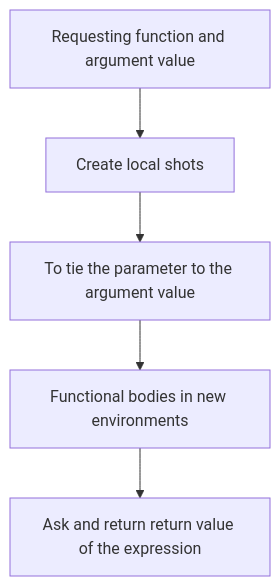
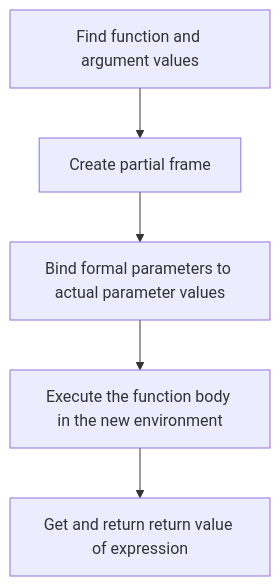
The second of 4 diagrams in src/content/translations/en/notes/cs61a/lecture-02.md (easonlines2007/easonlin-blog), drawn with Mermaid before and after one commit. The commit also changed other lines of this file and 158 other files, not shown here.

````diff
--- a/src/content/translations/en/notes/cs61a/lecture-02.md
+++ b/src/content/translations/en/notes/cs61a/lecture-02.md
@@ -206,7 +353,7 @@
 ```mermaid
 flowchart TD
-    A[Requesting function and argument value] --> B[Create local shots]
-    B --> C[To tie the parameter to the argument value]
-    C --> D[Functional bodies in new environments]
-    D --> E[Ask and return return value of the expression]
+    A[Find function and argument values] --> B[Create partial frame]
+    B --> C[Bind formal parameters to actual parameter values]
+    C --> D[Execute the function body in the new environment]
+    D --> E[Get and return return value of expression]
 ```
````
